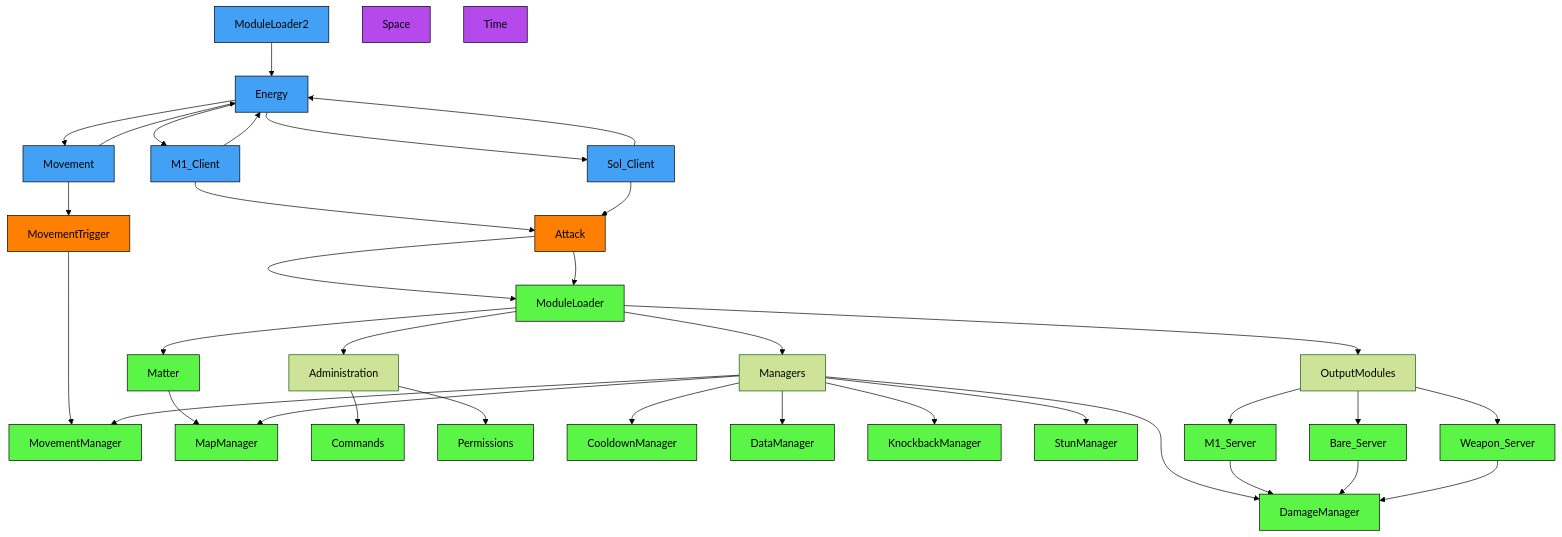
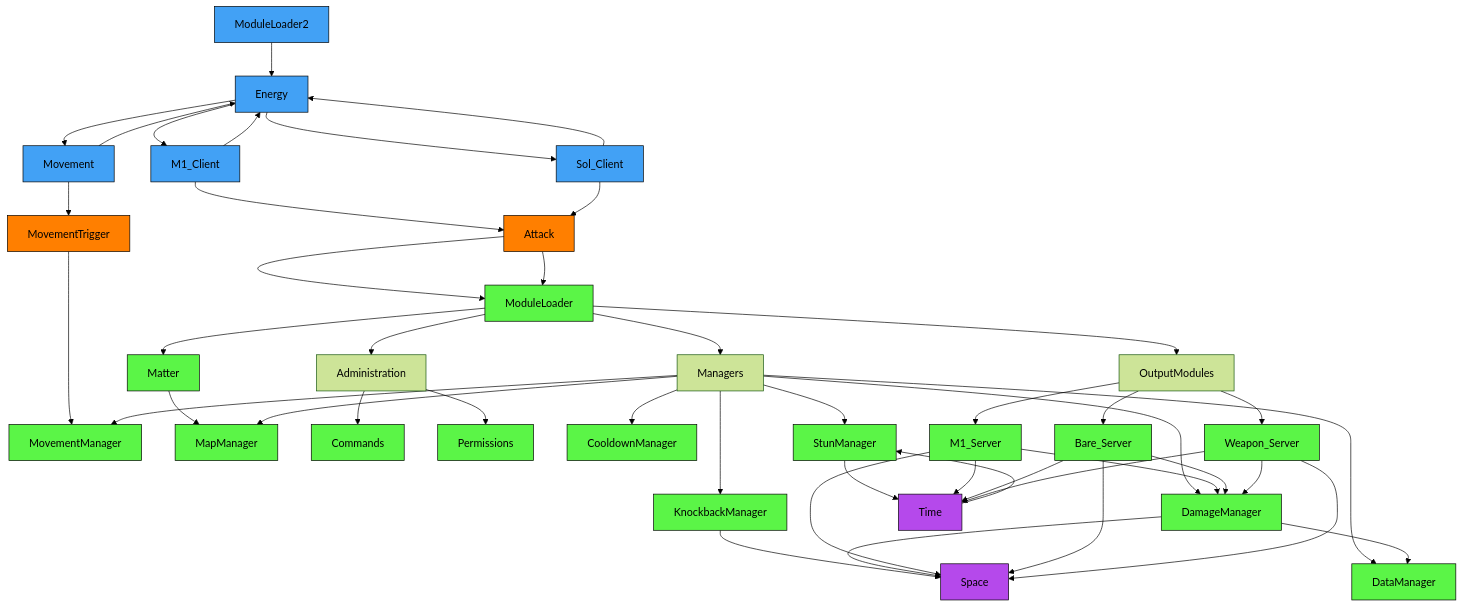
The diagram in README.md (altair5607249/Crusaders-Game), drawn with Mermaid (forest theme) before and after one commit. The commit also changed other lines of this file, not shown here.

````diff
--- a/README.md
+++ b/README.md
@@ -21,39 +26,46 @@
 ```mermaid
 graph TD;
 
   classDef serverNode fill:#5bf547,stroke:#000000,color:#000000
   classDef clientNode fill:#42a1f5,stroke:#000000,color:#000000
   classDef remoteEvent fill:#FF7F00,stroke:#000000,color:#000000
   classDef universalNode fill:#b549eb,stroke:#000000,color:#000000
 
   ModuleLoader2-->Energy;
   Energy-->M1_Client-->Energy;
   Energy-->Sol_Client-->Energy;
   Energy-->Movement-->Energy;
   M1_Client-->Attack-->ModuleLoader;
   Sol_Client-->Attack-->ModuleLoader;
   Movement-->MovementTrigger-->MovementManager;
   ModuleLoader-->Administration;
   ModuleLoader-->Managers;
   ModuleLoader-->OutputModules;
   ModuleLoader-->Matter-->MapManager;
   Administration-->Commands;
   Administration-->Permissions;
   Managers-->CooldownManager;
   Managers-->DamageManager;
   Managers-->DataManager;
   Managers-->KnockbackManager;
   Managers-->MapManager;
   Managers-->MovementManager;
-  Managers-->StunManager;
+  Managers-->StunManager-->Time-->StunManager;
   OutputModules-->M1_Server-->DamageManager;
   OutputModules-->Bare_Server-->DamageManager;
   OutputModules-->Weapon_Server-->DamageManager;
-  Space;
-  Time;
+  KnockbackManager-->Space;
+  DamageManager-->Space;
+  DamageManager-->DataManager;
+  M1_Server-->Time;
+  Bare_Server-->Time;
+  Weapon_Server-->Time;
+  M1_Server-->Space;
+  Bare_Server-->Space;
+  Weapon_Server-->Space;
 
   class ModuleLoader,M1_Server,Bare_Server,Weapon_Server,MovementManager,Commands,Permissions,CooldownManager,DamageManager,DataManager,KnockbackManager,MapManager,MovementManager,StunManager,Matter serverNode;
   class ModuleLoader2,Energy,M1_Client,Sol_Client,Movement clientNode;
   class Attack,MovementTrigger remoteEvent;
   class Space,Time universalNode;
-```  
+```
````
